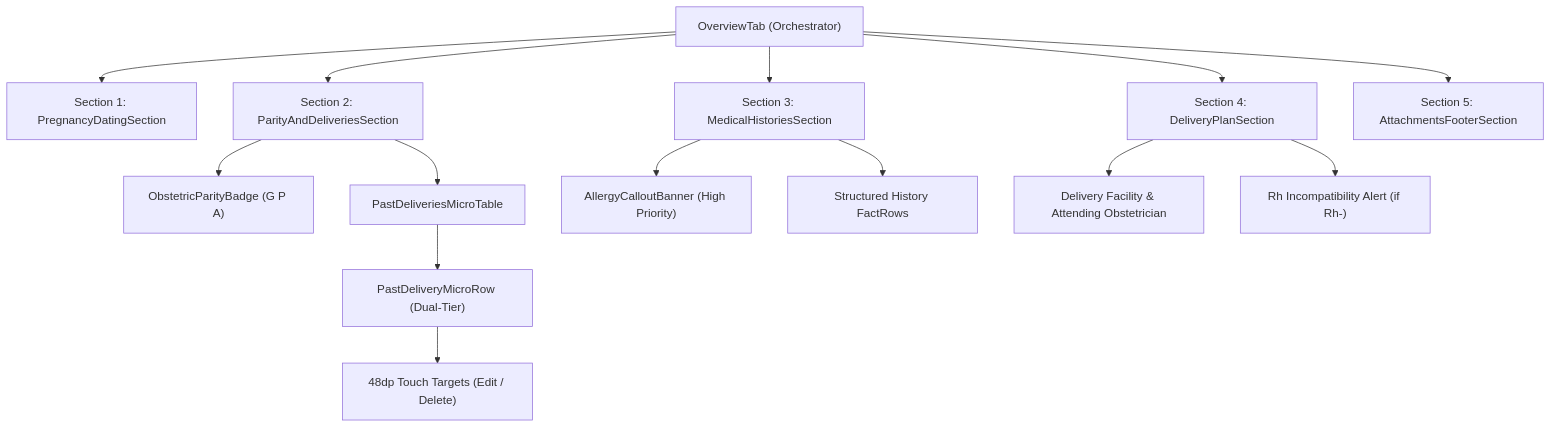
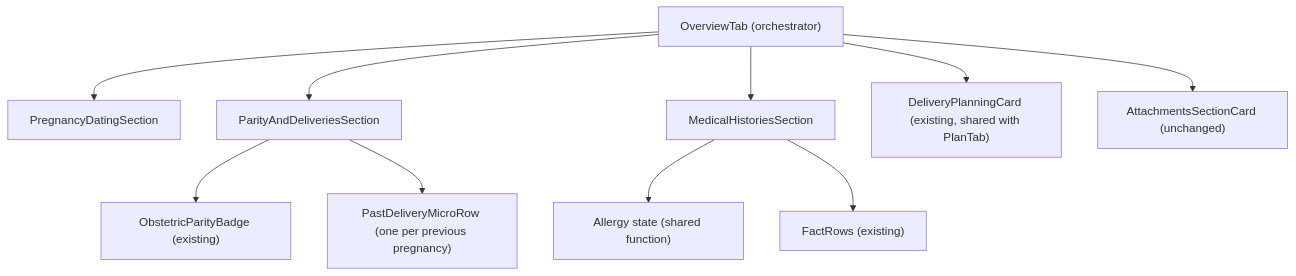
One commit to sherifrad/anc-emr-android-native changed the diagram in docs/designs/patient_workspace_overview_tab_optimization.md. Above: the diagram before and after it, drawn with Mermaid. The commit also changed other lines of this file and 10 other files, not shown here.

First line of the commit message:
feat(ui): shared allergy state and canEdit gate on delivery plan card

````diff
--- a/docs/designs/patient_workspace_overview_tab_optimization.md
+++ b/docs/designs/patient_workspace_overview_tab_optimization.md
@@ -59,19 +77,15 @@
 ```mermaid
 graph TD
-    A["OverviewTab (Orchestrator)"] --> B["Section 1: PregnancyDatingSection"]
-    A --> C["Section 2: ParityAndDeliveriesSection"]
-    A --> D["Section 3: MedicalHistoriesSection"]
-    A --> E["Section 4: DeliveryPlanSection"]
-    A --> F["Section 5: AttachmentsFooterSection"]
+    A["OverviewTab (orchestrator)"] --> B["PregnancyDatingSection"]
+    A --> C["ParityAndDeliveriesSection"]
+    A --> D["MedicalHistoriesSection"]
+    A --> E["DeliveryPlanningCard (existing, shared with PlanTab)"]
+    A --> F["AttachmentsSectionCard (unchanged)"]
 
-    C --> C1["ObstetricParityBadge (G P A)"]
-    C --> C2["PastDeliveriesMicroTable"]
-    C2 --> C3["PastDeliveryMicroRow (Dual-Tier)"]
-    C3 --> C4["48dp Touch Targets (Edit / Delete)"]
+    C --> C1["ObstetricParityBadge (existing)"]
+    C --> C2["PastDeliveryMicroRow (one per previous pregnancy)"]
 
-    D --> D1["AllergyCalloutBanner (High Priority)"]
-    D --> D2["Structured History FactRows"]
+    D --> D1["Allergy state (shared function)"]
+    D --> D2["FactRows (existing)"]
 
-    E --> E1["Delivery Facility & Attending Obstetrician"]
-    E --> E2["Rh Incompatibility Alert (if Rh-)"]
 ```
````
